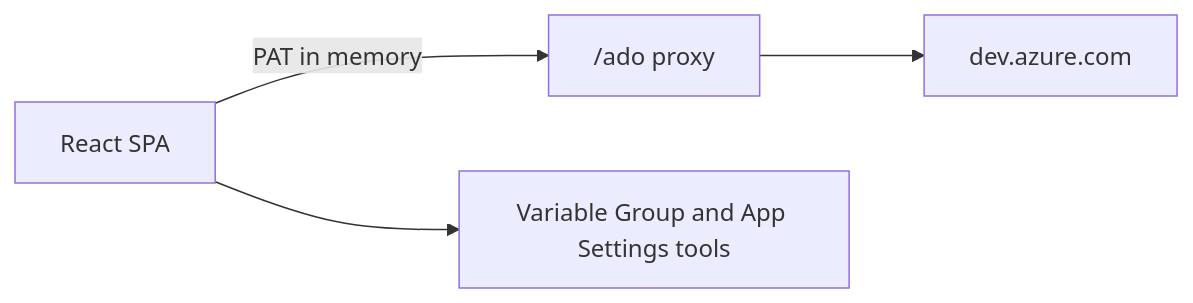
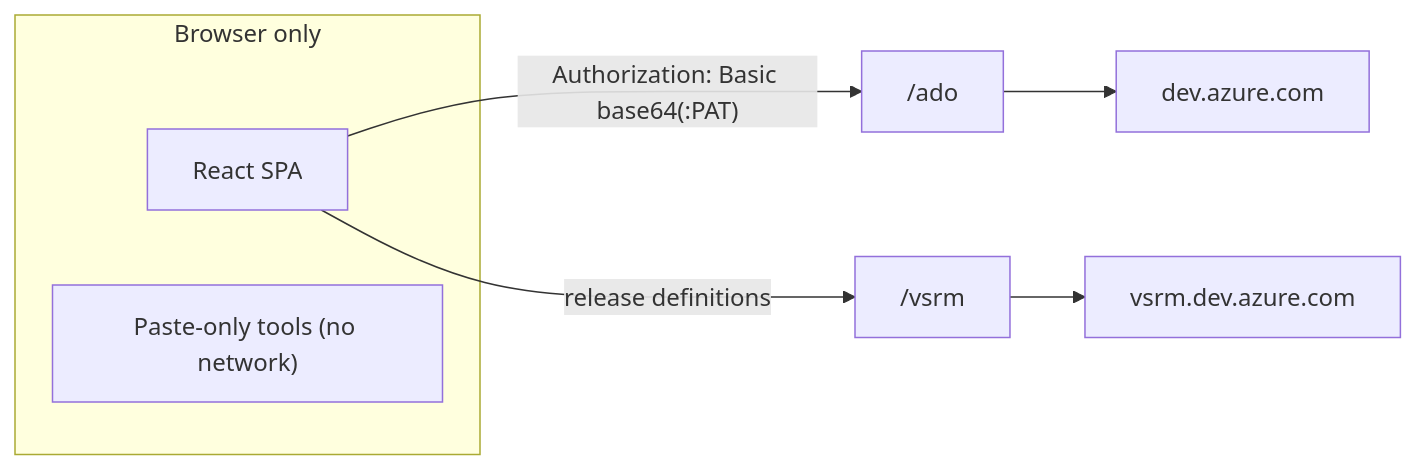
The first of 2 diagrams in README.md (nishantxrana/tooldock), drawn with Mermaid before and after one commit. The commit also changed other lines of this file and 11 other files, not shown here.

````diff
--- a/README.md
+++ b/README.md
@@ -12,6 +16,11 @@
 ```mermaid
 flowchart LR
-  Browser["React SPA"] -->|"PAT in memory"| Proxy["/ado proxy"]
-  Proxy --> Ado["dev.azure.com"]
-  Browser --> Tools["Variable Group and App Settings tools"]
+  subgraph browserOnly [Browser only]
+    SPA["React SPA"]
+    Paste["Paste-only tools (no network)"]
+  end
+  SPA -->|"Authorization: Basic base64(:PAT)"| AdoProxy["/ado"]
+  SPA -->|"release definitions"| VsrmProxy["/vsrm"]
+  AdoProxy --> Ado["dev.azure.com"]
+  VsrmProxy --> Vsrm["vsrm.dev.azure.com"]
 ```
````
